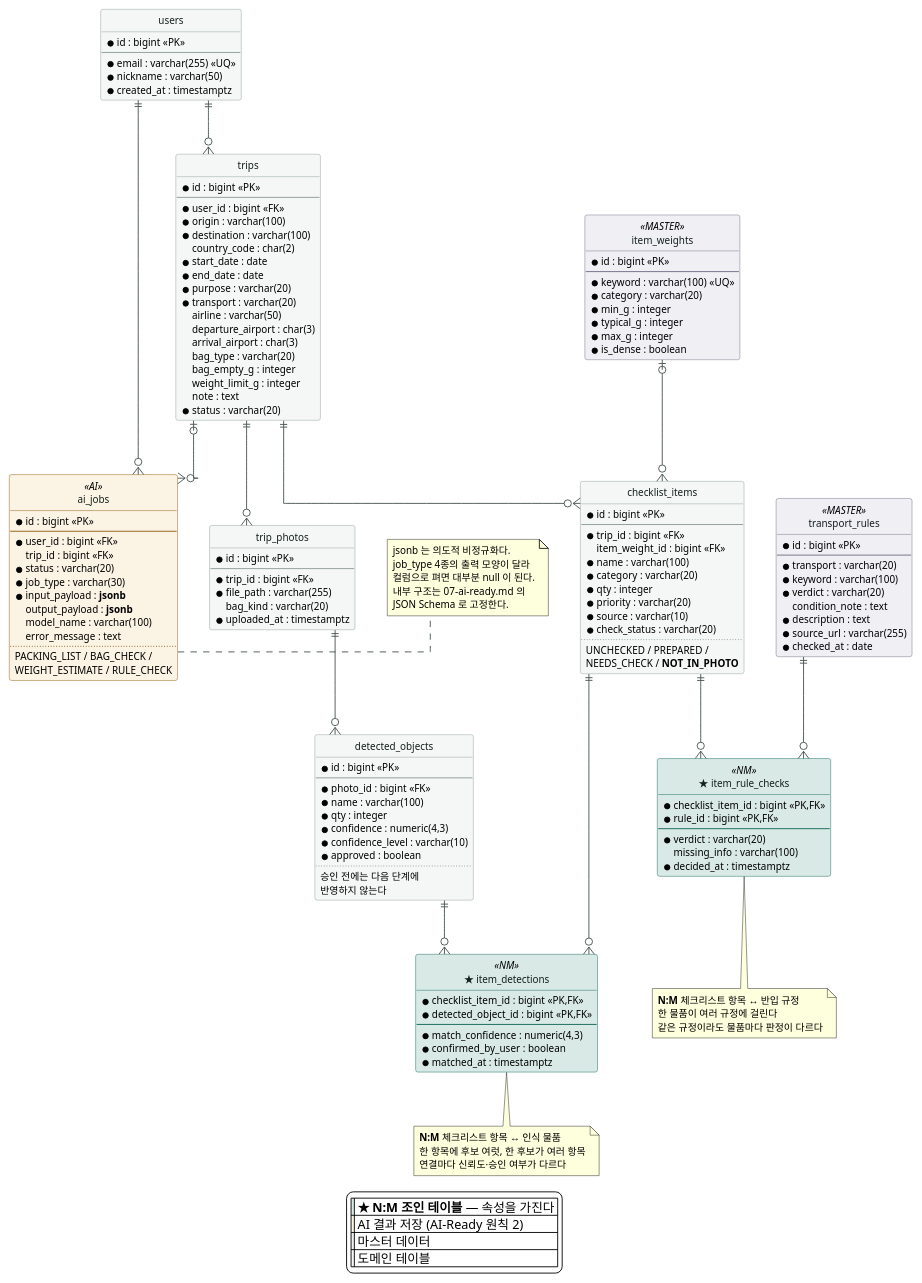
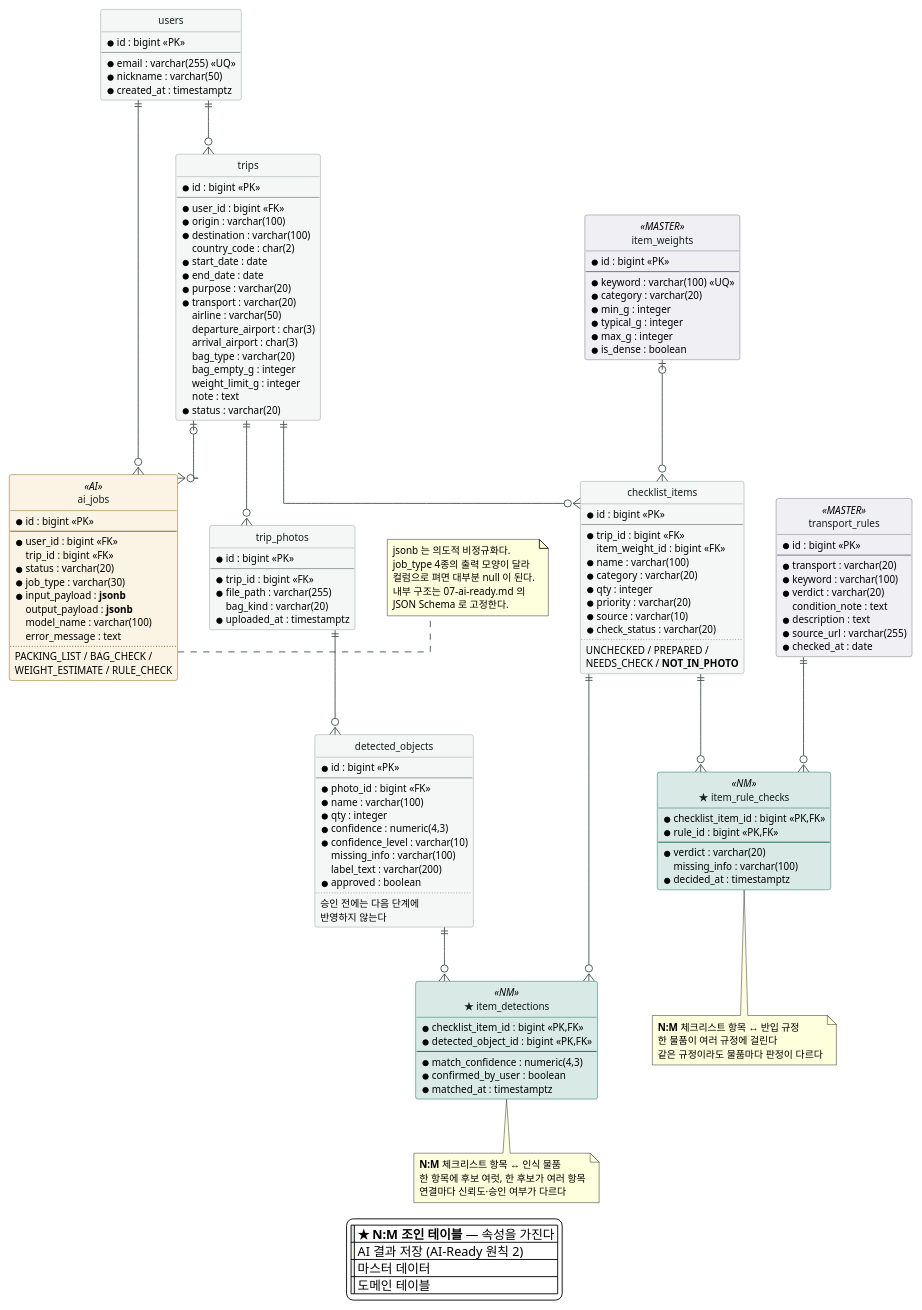
The diagram in docs/images/05-erd.puml (SangMyeong5426/skala-mini-ai-web-service), drawn with PlantUML before and after one commit. The commit also changed 5 other files, not shown here.

First line of the commit message:
fix(db): detected_objects 에 missing_info · label_text 추가

```diff
--- a/docs/images/05-erd.puml
+++ b/docs/images/05-erd.puml
@@ -1,197 +1,199 @@
 @startuml 05-erd
 ' ─────────────────────────────────────────────────────────
 '  AI 여행가방 확인 플랫폼 — ERD
 '  출처: docs/05-erd.md · database/schema.sql (셋은 짝이다)
 '
 '  채점 기준: "ERD 테이블 관계(1:N, N:M) 및 정규화 타당성"
 '  ★ 표시 둘이 N:M 조인 테이블이고, 둘 다 속성을 가진다.
 ' ─────────────────────────────────────────────────────────
 
 hide circle
 skinparam backgroundColor #FFFFFF
 skinparam shadowing false
 skinparam defaultFontName "Apple SD Gothic Neo"
 skinparam defaultFontSize 11
 skinparam linetype ortho
 skinparam ArrowColor #46524E
 
 skinparam class {
   BackgroundColor #F5F7F6
   BorderColor #8A9A94
   FontColor #14201C
   BackgroundColor<<NM>> #D9EAE6
   BorderColor<<NM>> #0D6455
   BackgroundColor<<AI>> #FBF3E4
   BorderColor<<AI>> #8D5606
   BackgroundColor<<MASTER>> #EFEFF4
   BorderColor<<MASTER>> #6B6B84
 }
 
 entity "users" as users {
   * id : bigint <<PK>>
   --
   * email : varchar(255) <<UQ>>
   * nickname : varchar(50)
   * created_at : timestamptz
 }
 
 entity "trips" as trips {
   * id : bigint <<PK>>
   --
   * user_id : bigint <<FK>>
   * origin : varchar(100)
   * destination : varchar(100)
   country_code : char(2)
   * start_date : date
   * end_date : date
   * purpose : varchar(20)
   * transport : varchar(20)
   airline : varchar(50)
   departure_airport : char(3)
   arrival_airport : char(3)
   bag_type : varchar(20)
   bag_empty_g : integer
   weight_limit_g : integer
   note : text
   * status : varchar(20)
 }
 
 entity "checklist_items" as items {
   * id : bigint <<PK>>
   --
   * trip_id : bigint <<FK>>
   item_weight_id : bigint <<FK>>
   * name : varchar(100)
   * category : varchar(20)
   * qty : integer
   * priority : varchar(20)
   * source : varchar(10)
   * check_status : varchar(20)
   ..
   UNCHECKED / PREPARED /
   NEEDS_CHECK / **NOT_IN_PHOTO**
 }
 
 entity "trip_photos" as photos {
   * id : bigint <<PK>>
   --
   * trip_id : bigint <<FK>>
   * file_path : varchar(255)
   bag_kind : varchar(20)
   * uploaded_at : timestamptz
 }
 
 entity "detected_objects" as detected {
   * id : bigint <<PK>>
   --
   * photo_id : bigint <<FK>>
   * name : varchar(100)
   * qty : integer
   * confidence : numeric(4,3)
   * confidence_level : varchar(10)
+  missing_info : varchar(100)
+  label_text : varchar(200)
   * approved : boolean
   ..
   승인 전에는 다음 단계에
   반영하지 않는다
 }
 
 entity "★ item_detections" as idt <<NM>> {
   * checklist_item_id : bigint <<PK,FK>>
   * detected_object_id : bigint <<PK,FK>>
   --
   * match_confidence : numeric(4,3)
   * confirmed_by_user : boolean
   * matched_at : timestamptz
 }
 
 entity "★ item_rule_checks" as irc <<NM>> {
   * checklist_item_id : bigint <<PK,FK>>
   * rule_id : bigint <<PK,FK>>
   --
   * verdict : varchar(20)
   missing_info : varchar(100)
   * decided_at : timestamptz
 }
 
 entity "transport_rules" as rules <<MASTER>> {
   * id : bigint <<PK>>
   --
   * transport : varchar(20)
   * keyword : varchar(100)
   * verdict : varchar(20)
   condition_note : text
   * description : text
   * source_url : varchar(255)
   * checked_at : date
 }
 
 entity "item_weights" as weights <<MASTER>> {
   * id : bigint <<PK>>
   --
   * keyword : varchar(100) <<UQ>>
   * category : varchar(20)
   * min_g : integer
   * typical_g : integer
   * max_g : integer
   * is_dense : boolean
 }
 
 entity "ai_jobs" as jobs <<AI>> {
   * id : bigint <<PK>>
   --
   * user_id : bigint <<FK>>
   trip_id : bigint <<FK>>
   * status : varchar(20)
   * job_type : varchar(30)
   * input_payload : **jsonb**
   output_payload : **jsonb**
   model_name : varchar(100)
   error_message : text
   ..
   PACKING_LIST / BAG_CHECK /
   WEIGHT_ESTIMATE / RULE_CHECK
 }
 
 ' ── 1:N ───────────────────────────────────────────────────
 users    ||--o{ trips
 users    ||--o{ jobs
 trips    ||--o{ items
 trips    ||--o{ photos
 trips    |o--o{ jobs
 photos   ||--o{ detected
 weights  |o--o{ items
 
 ' ── N:M (조인 테이블 경유) ────────────────────────────────
 items    ||--o{ idt
 detected ||--o{ idt
 items    ||--o{ irc
 rules    ||--o{ irc
 
 note bottom of idt
   **N:M** 체크리스트 항목 ↔ 인식 물품
   한 항목에 후보 여럿, 한 후보가 여러 항목
   연결마다 신뢰도·승인 여부가 다르다
 end note
 
 note bottom of irc
   **N:M** 체크리스트 항목 ↔ 반입 규정
   한 물품이 여러 규정에 걸린다
   같은 규정이라도 물품마다 판정이 다르다
 end note
 
 note right of jobs
   jsonb 는 의도적 비정규화다.
   job_type 4종의 출력 모양이 달라
   컬럼으로 펴면 대부분 null 이 된다.
   내부 구조는 07-ai-ready.md 의
   JSON Schema 로 고정한다.
 end note
 
 legend bottom
   |<#D9EAE6>| ★ **N:M 조인 테이블** — 속성을 가진다 |
   |<#FBF3E4>| AI 결과 저장 (AI-Ready 원칙 2) |
   |<#EFEFF4>| 마스터 데이터 |
   |<#F5F7F6>| 도메인 테이블 |
 endlegend
 
 @enduml
```
